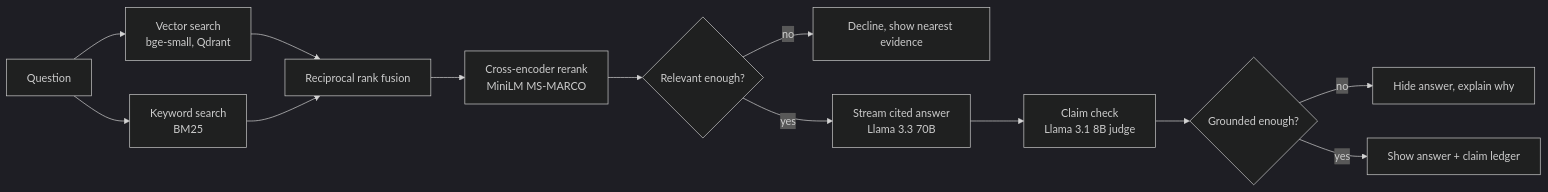
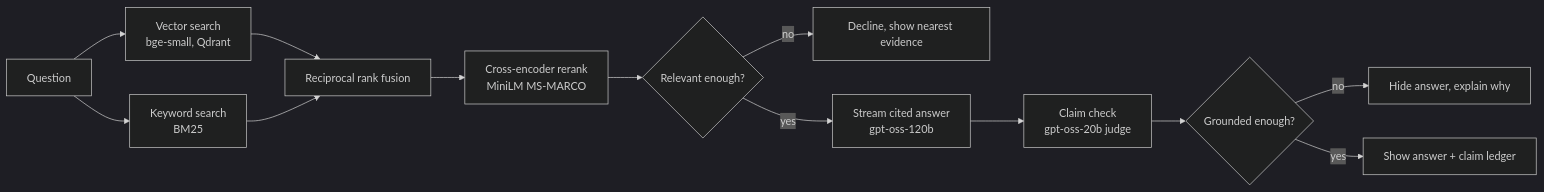
The diagram in README.md (saccromcyes/ATLAS-Trust-Layered-GenAI-System), drawn with Mermaid (dark theme) before and after one commit. The commit also changed other lines of this file and 8 other files, not shown here.

First line of the commit message:
Switch to Groq's gpt-oss models and refuse to publish evaluations the LLM didn't produce

````diff
--- a/README.md
+++ b/README.md
@@ -19,15 +19,15 @@
 ```mermaid
 flowchart LR
     Q[Question] --> V[Vector search<br/>bge-small, Qdrant]
     Q --> K[Keyword search<br/>BM25]
     V --> F[Reciprocal rank fusion]
     K --> F
     F --> R[Cross-encoder rerank<br/>MiniLM MS-MARCO]
     R --> G1{Relevant enough?}
     G1 -- no --> X[Decline, show nearest evidence]
-    G1 -- yes --> A[Stream cited answer<br/>Llama 3.3 70B]
-    A --> C[Claim check<br/>Llama 3.1 8B judge]
+    G1 -- yes --> A[Stream cited answer<br/>gpt-oss-120b]
+    A --> C[Claim check<br/>gpt-oss-20b judge]
     C --> G2{Grounded enough?}
     G2 -- no --> W[Hide answer, explain why]
     G2 -- yes --> OK[Show answer + claim ledger]
 ```
````
